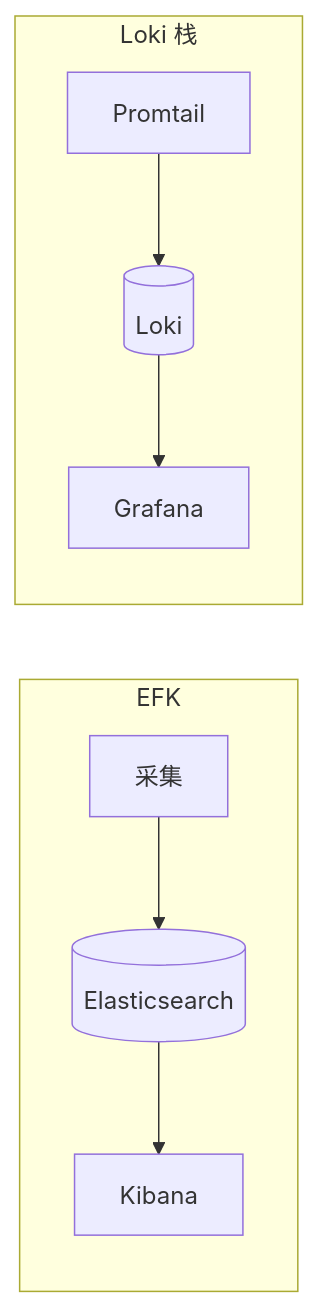
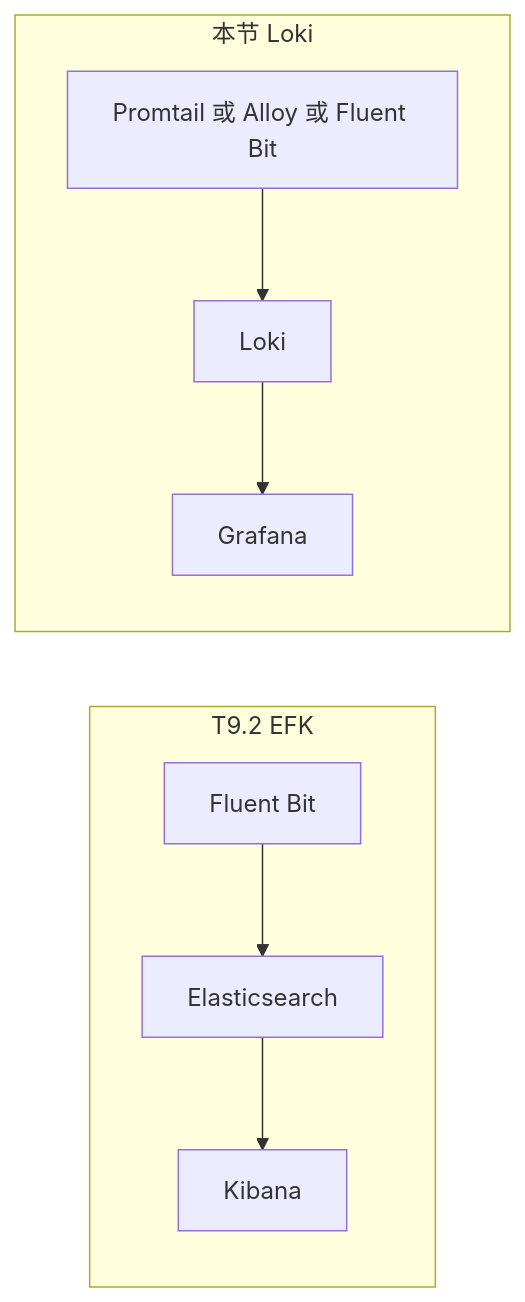
One commit to brinnatt/kubeauto changed diagram 35 of 46 in docs/efk/EFK.md. Above: the diagram before and after it, drawn with Mermaid. The commit also changed other lines of this file, not shown here.

Commit message:
[op] EFK

````diff
--- a/docs/efk/EFK.md
+++ b/docs/efk/EFK.md
@@ -2043,11 +2060,12 @@
 ```mermaid
 flowchart LR
-  subgraph efk[EFK]
-    FB1[采集] --> ES[(Elasticsearch)]
-    ES --> KB[Kibana]
+  subgraph efk2["T9.2 EFK"]
+    FB1["Fluent Bit"] --> ES["Elasticsearch"]
+    ES --> KB["Kibana"]
   end
-  subgraph loki["Loki 栈"]
-    PR[Promtail] --> LO[(Loki)]
-    LO --> GF[Grafana]
+  subgraph lok2["本节 Loki"]
+    AG2["Promtail 或 Alloy 或 Fluent Bit"]
+    AG2 --> LO2["Loki"]
+    LO2 --> GF2["Grafana"]
   end
 ```
````
